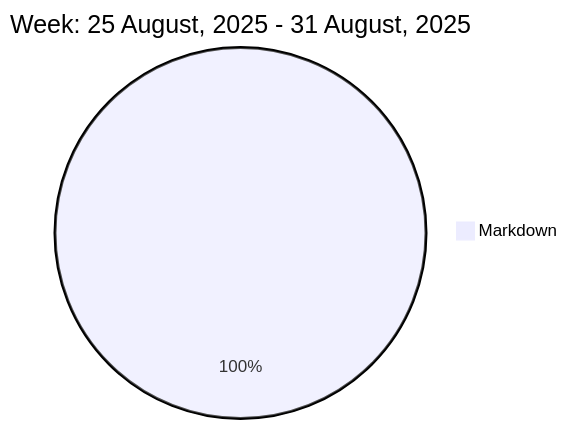
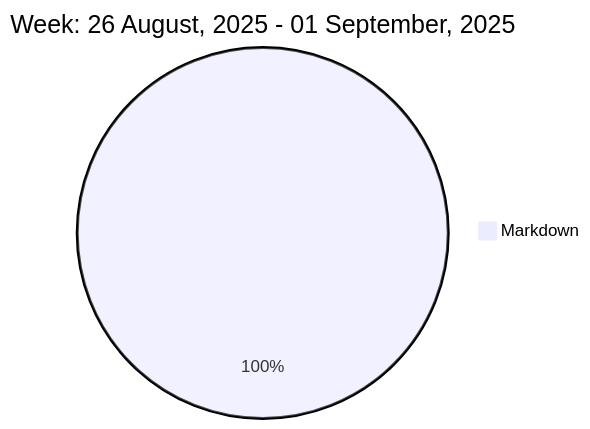
Before and after one commit to liubin95/liubin95: the diagram in README.md, drawn with Mermaid.

Commit message:
Updated the Graph with new Metrics

````diff
--- a/README.md
+++ b/README.md
@@ -37,5 +37,5 @@
 ```mermaid
  pie
-title Week: 25 August, 2025 - 31 August, 2025
- "Markdown" : 1.98
+title Week: 26 August, 2025 - 01 September, 2025
+ "Markdown" : 2.5
 ```
````
